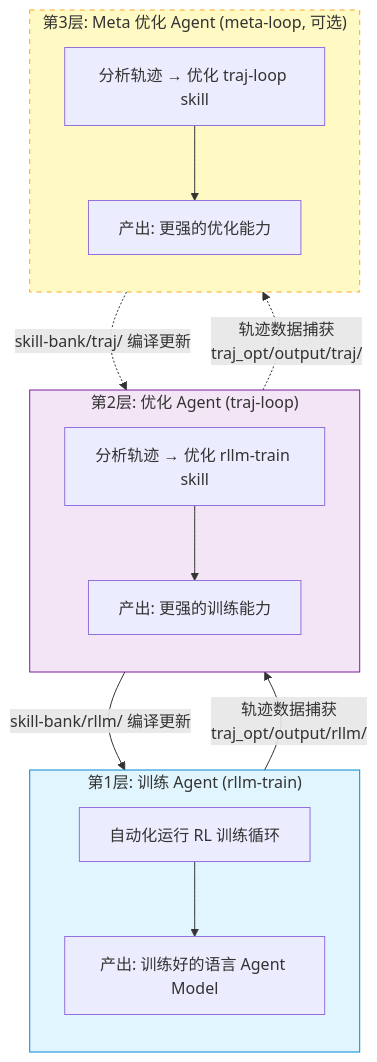
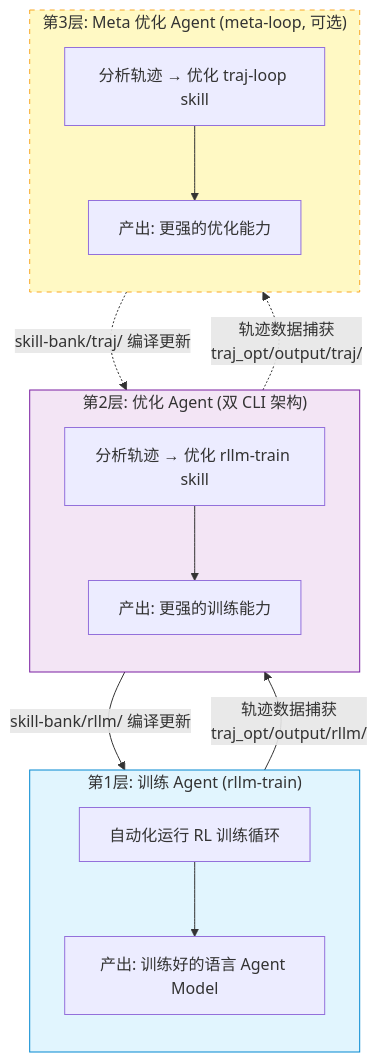
Before and after one commit to zhangqin200182/agent-evolution: the first of 3 diagrams in README.md, drawn with Mermaid. The commit also changed other lines of this file and 1 other file, not shown here.

First line of the commit message:
Update CLAUDE.md and README.md for dual CLI architecture

````diff
--- a/README.md
+++ b/README.md
@@ -11,37 +11,37 @@
 ```mermaid
 flowchart TB
     subgraph L1["第1层: 训练 Agent (rllm-train)"]
         direction TB
         T1[自动化运行 RL 训练循环]
         T2[产出: 训练好的语言 Agent Model]
     end
 
     T1 --> T2
 
     T2 -->|"轨迹数据捕获<br/>traj_opt/output/rllm/"| L2
 
-    subgraph L2["第2层: 优化 Agent (traj-loop)"]
+    subgraph L2["第2层: 优化 Agent (双 CLI 架构)"]
         direction TB
         O1[分析轨迹 → 优化 rllm-train skill]
         O2[产出: 更强的训练能力]
     end
 
     O1 --> O2
 
     O2 -->|"skill-bank/rllm/ 编译更新"| L1
 
     O2 -.->|"轨迹数据捕获<br/>traj_opt/output/traj/"| L3
 
     subgraph L3["第3层: Meta 优化 Agent (meta-loop, 可选)"]
         direction TB
         M1[分析轨迹 → 优化 traj-loop skill]
         M2[产出: 更强的优化能力]
     end
 
     M1 --> M2
     M2 -.->|"skill-bank/traj/ 编译更新"| L2
 
     style L1 fill:#e1f5fe,stroke:#0288d1
     style L2 fill:#f3e5f5,stroke:#7b1fa2
     style L3 fill:#fff9c4,stroke:#f9a825,stroke-dasharray: 5 5
 ```
````
